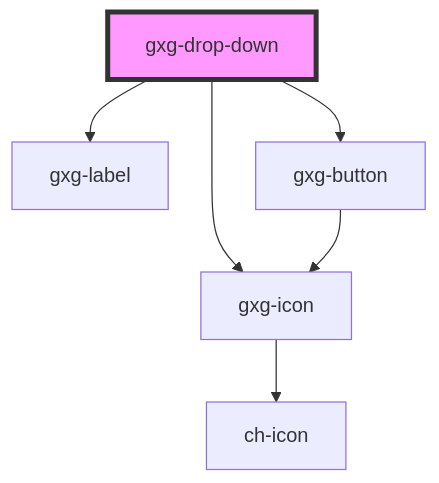
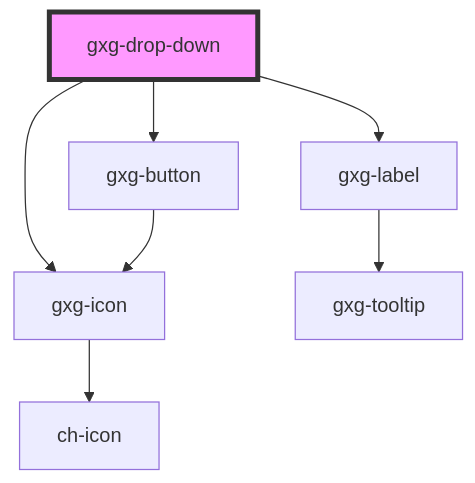
The diagram in src/components/drop-down/readme.md (genexuslabs/gemini), drawn with Mermaid before and after one commit. The commit also changed 24 other files, not shown here.

````diff
--- a/src/components/drop-down/readme.md
+++ b/src/components/drop-down/readme.md
@@ -40,9 +40,10 @@
 ```mermaid
 graph TD;
   gxg-drop-down --> gxg-label
   gxg-drop-down --> gxg-icon
   gxg-drop-down --> gxg-button
+  gxg-label --> gxg-tooltip
   gxg-icon --> ch-icon
   gxg-button --> gxg-icon
   style gxg-drop-down fill:#f9f,stroke:#333,stroke-width:4px
 ```
````
